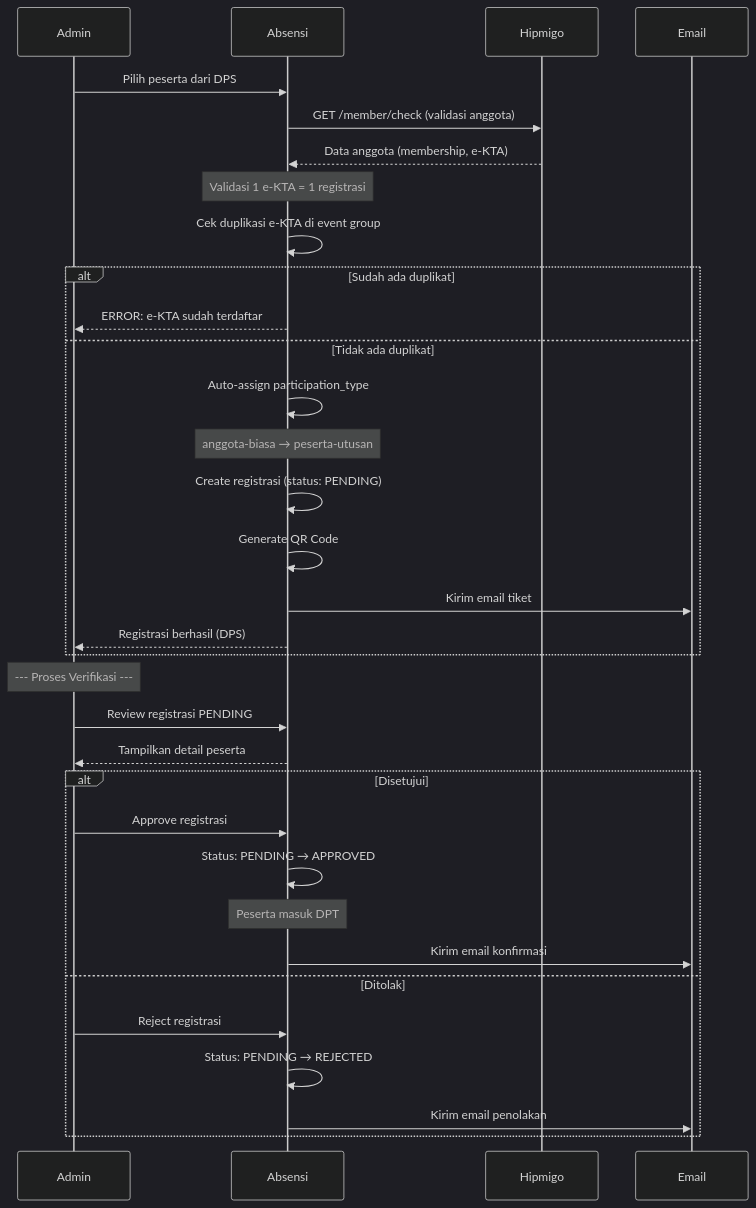
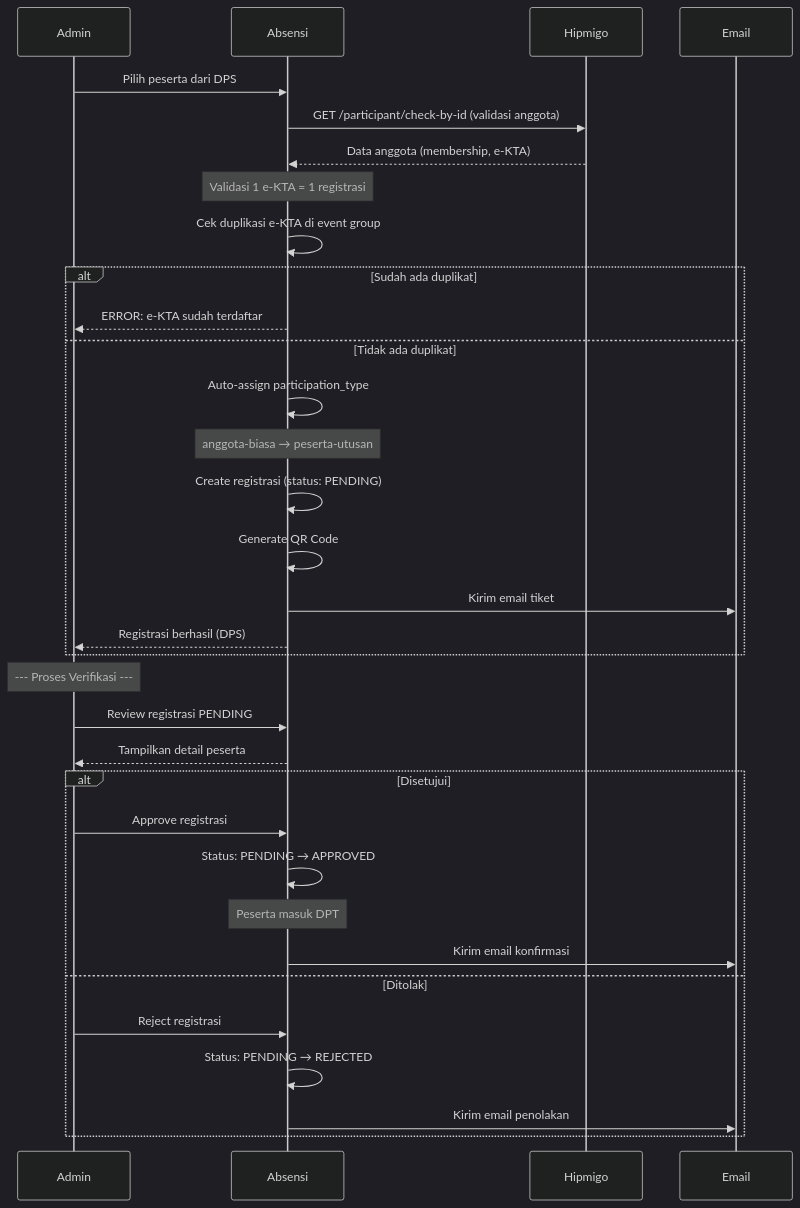
Before and after one commit to langgenginovasi/event-platform-fe: the fifth of 17 diagrams in docs/alur-pendaftaran/INTEGRASI_3_WEBSITE.md, drawn with Mermaid (dark theme). The commit also changed other lines of this file, not shown here.

````diff
--- a/docs/alur-pendaftaran/INTEGRASI_3_WEBSITE.md
+++ b/docs/alur-pendaftaran/INTEGRASI_3_WEBSITE.md
@@ -625,41 +618,41 @@
 ```mermaid
 sequenceDiagram
     participant Admin
     participant Absensi
     participant Hipmigo
     participant Email
 
     Admin->>Absensi: Pilih peserta dari DPS
-    Absensi->>Hipmigo: GET /member/check (validasi anggota)
+    Absensi->>Hipmigo: GET /participant/check-by-id (validasi anggota)
     Hipmigo-->>Absensi: Data anggota (membership, e-KTA)
     
     Note over Absensi: Validasi 1 e-KTA = 1 registrasi
     Absensi->>Absensi: Cek duplikasi e-KTA di event group
     
     alt Sudah ada duplikat
         Absensi-->>Admin: ERROR: e-KTA sudah terdaftar
     else Tidak ada duplikat
         Absensi->>Absensi: Auto-assign participation_type
         Note over Absensi: anggota-biasa → peserta-utusan
         Absensi->>Absensi: Create registrasi (status: PENDING)
         Absensi->>Absensi: Generate QR Code
         Absensi->>Email: Kirim email tiket
         Absensi-->>Admin: Registrasi berhasil (DPS)
     end
     
     Note over Admin: --- Proses Verifikasi ---
     
     Admin->>Absensi: Review registrasi PENDING
     Absensi-->>Admin: Tampilkan detail peserta
     
     alt Disetujui
         Admin->>Absensi: Approve registrasi
         Absensi->>Absensi: Status: PENDING → APPROVED
         Note over Absensi: Peserta masuk DPT
         Absensi->>Email: Kirim email konfirmasi
     else Ditolak
         Admin->>Absensi: Reject registrasi
         Absensi->>Absensi: Status: PENDING → REJECTED
         Absensi->>Email: Kirim email penolakan
     end
 ```
````
